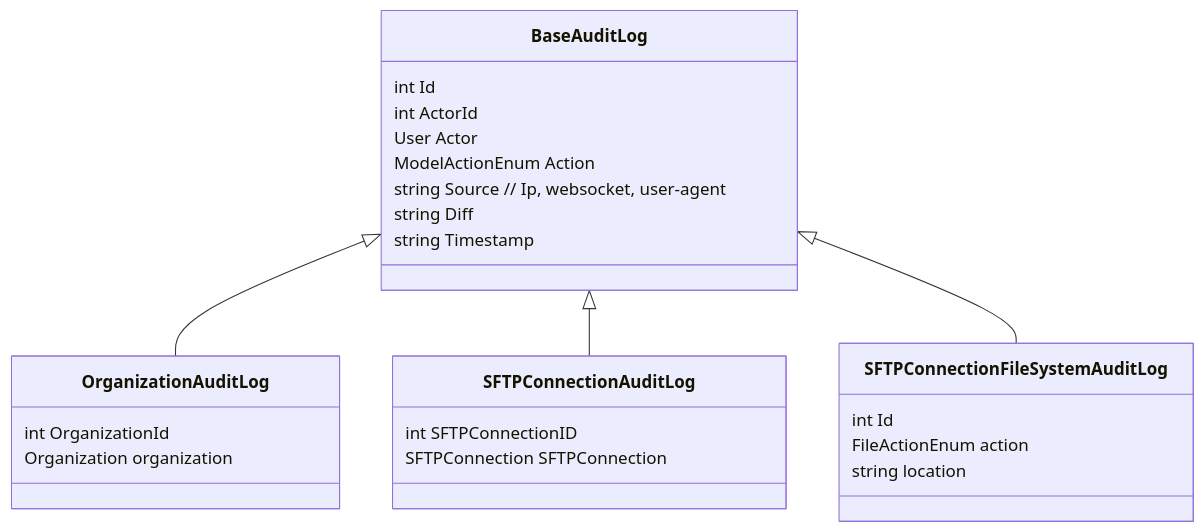
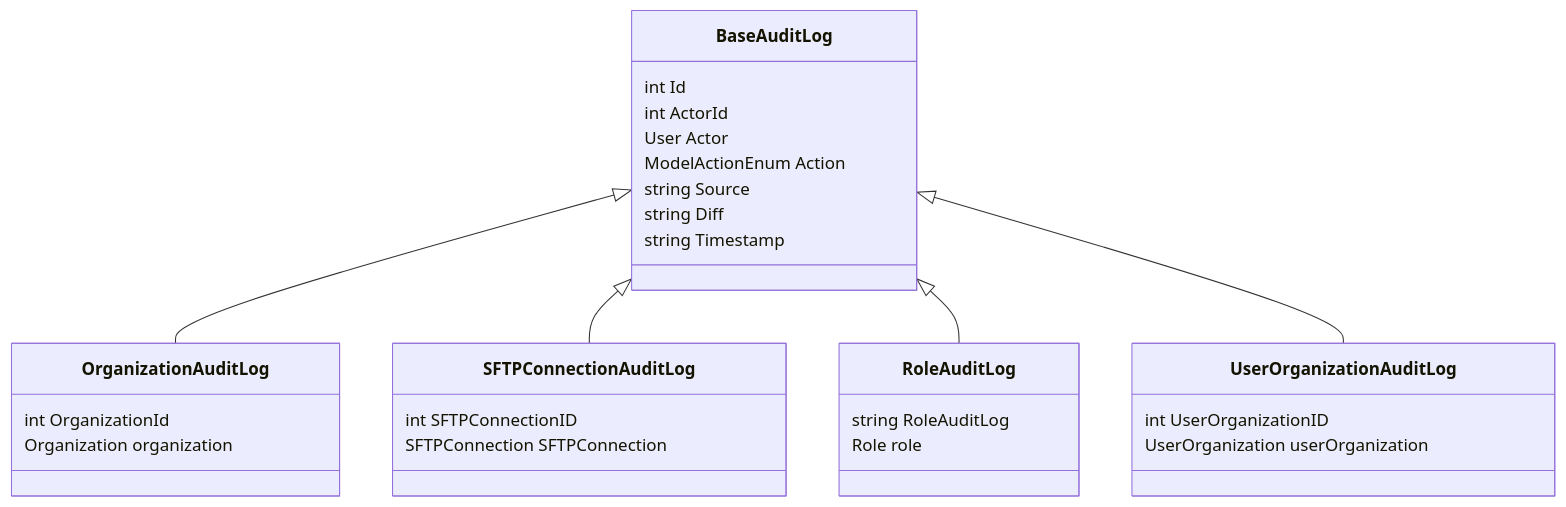
One commit to Fileodon/Diagram changed the diagram in AuditLogs_classes.mmd. Above: the diagram before and after it, drawn with Mermaid. The commit also changed 1 other file, not shown here.

Commit message:
add audit log diagrams

```diff
--- a/AuditLogs_classes.mmd
+++ b/AuditLogs_classes.mmd
@@ -1,30 +1,42 @@
 classDiagram
 	BaseAuditLog <|-- OrganizationAuditLog
 	BaseAuditLog <|-- SFTPConnectionAuditLog
-	BaseAuditLog <|-- SFTPConnectionFileSystemAuditLog
+	%% BaseAuditLog <|-- SFTPConnectionFileSystemAuditLog
+	BaseAuditLog <|-- RoleAuditLog
+	BaseAuditLog <|-- UserOrganizationAuditLog
 
 	class BaseAuditLog {
 		int Id
 		int ActorId
 		User Actor
 		ModelActionEnum Action
-		string Source // Ip, websocket, user-agent
+		string Source
 		string Diff
 		string Timestamp
 	}
 
 	class OrganizationAuditLog {
 		int OrganizationId
 		Organization organization
 	}
 
 	class SFTPConnectionAuditLog {
 		int SFTPConnectionID
 		SFTPConnection SFTPConnection
 	}
 
-	class SFTPConnectionFileSystemAuditLog {
-		int Id
-		FileActionEnum action
-		string location
+	class RoleAuditLog {
+		string RoleAuditLog
+		Role role
 	}
+
+	class UserOrganizationAuditLog {
+		int UserOrganizationID
+		UserOrganization userOrganization
+	}
+
+	%% class SFTPConnectionFileSystemAuditLog {
+	%% 	int Id
+	%% 	FileActionEnum action
+	%% 	string location
+	%% }
```
